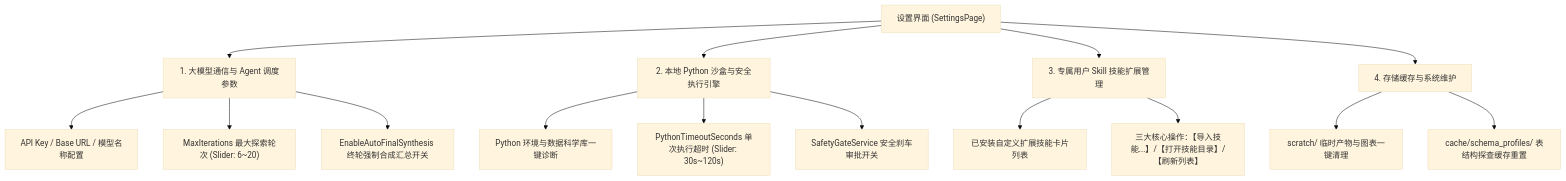
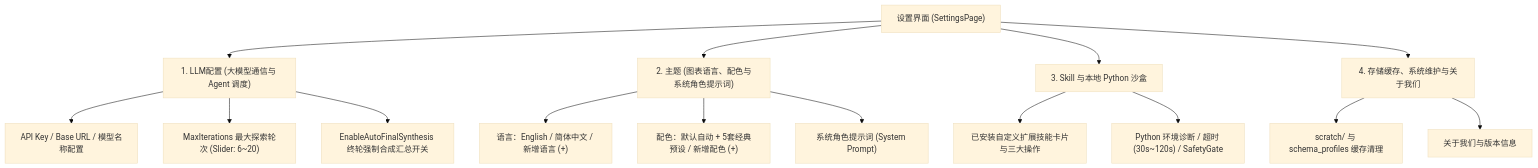
One commit to Fallenleaf-hub/DataAnalysis_Assistant changed the diagram in docs/Settings_Interface_Display.md. Above: the diagram before and after it, drawn with Mermaid (base theme). The commit also changed other lines of this file and 31 other files, not shown here.

````diff
--- a/docs/Settings_Interface_Display.md
+++ b/docs/Settings_Interface_Display.md
@@ -11,23 +27,23 @@
 ```mermaid
 flowchart TD
     Settings["设置界面 (SettingsPage)"]
     
-    Settings --> M1["1. 大模型通信与 Agent 调度参数"]
-    Settings --> M2["2. 本地 Python 沙盒与安全执行引擎"]
-    Settings --> M3["3. 专属用户 Skill 技能扩展管理"]
-    Settings --> M4["4. 存储缓存与系统维护"]
+    Settings --> M1["1. LLM配置 (大模型通信与 Agent 调度)"]
+    Settings --> M2["2. 主题 (图表语言、配色与系统角色提示词)"]
+    Settings --> M3["3. Skill 与本地 Python 沙盒"]
+    Settings --> M4["4. 存储缓存、系统维护与关于我们"]
 
     M1 --> M1_1["API Key / Base URL / 模型名称配置"]
     M1 --> M1_2["MaxIterations 最大探索轮次 (Slider: 6~20)"]
     M1 --> M1_3["EnableAutoFinalSynthesis 终轮强制合成汇总开关"]
 
-    M2 --> M2_1["Python 环境与数据科学库一键诊断"]
-    M2 --> M2_2["PythonTimeoutSeconds 单次执行超时 (Slider: 30s~120s)"]
-    M2 --> M2_3["SafetyGateService 安全刹车审批开关"]
+    M2 --> M2_1["语言：English / 简体中文 / 新增语言 (+)"]
+    M2 --> M2_2["配色：默认自动 + 5套经典预设 / 新增配色 (+)"]
+    M2 --> M2_3["系统角色提示词 (System Prompt)"]
 
-    M3 --> M3_1["已安装自定义扩展技能卡片列表"]
-    M3 --> M3_2["三大核心操作：【导入技能...】/【打开技能目录】/【刷新列表】"]
+    M3 --> M3_1["已安装自定义扩展技能卡片与三大操作"]
+    M3 --> M3_2["Python 环境诊断 / 超时 (30s~120s) / SafetyGate"]
 
-    M4 --> M4_1["scratch/ 临时产物与图表一键清理"]
-    M4 --> M4_2["cache/schema_profiles/ 表结构探查缓存重置"]
+    M4 --> M4_1["scratch/ 与 schema_profiles 缓存清理"]
+    M4 --> M4_2["关于我们与版本信息"]
 ```
````
